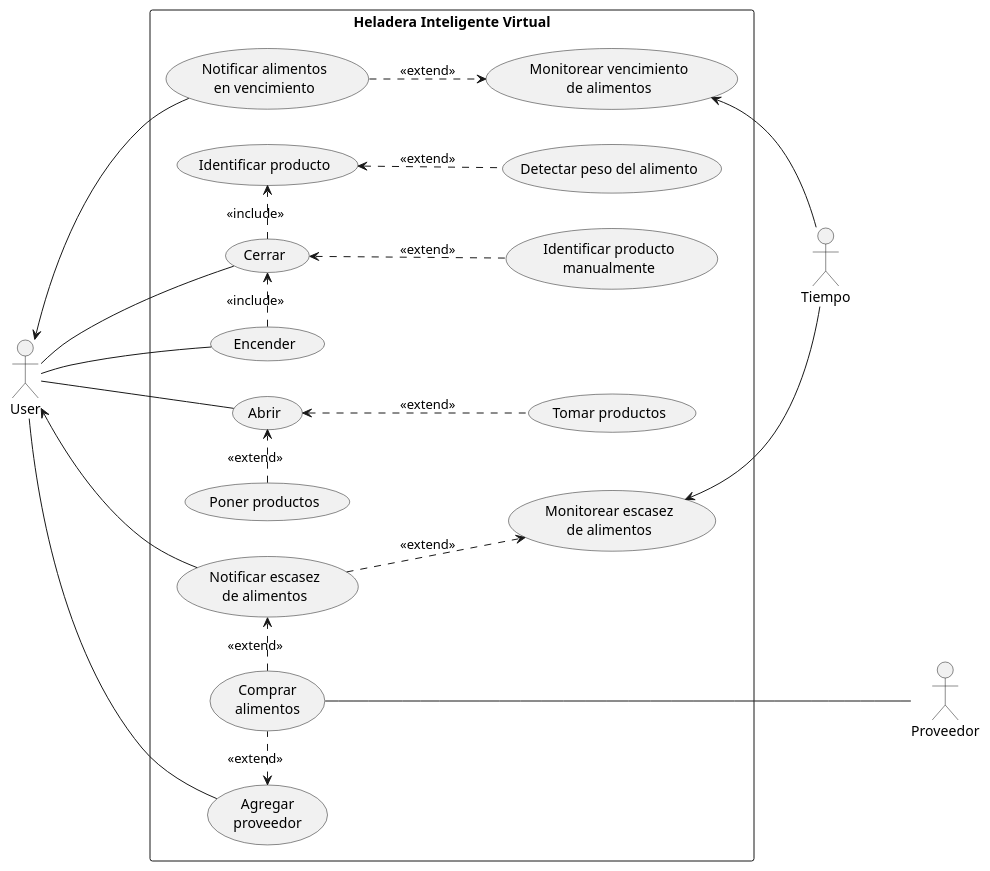
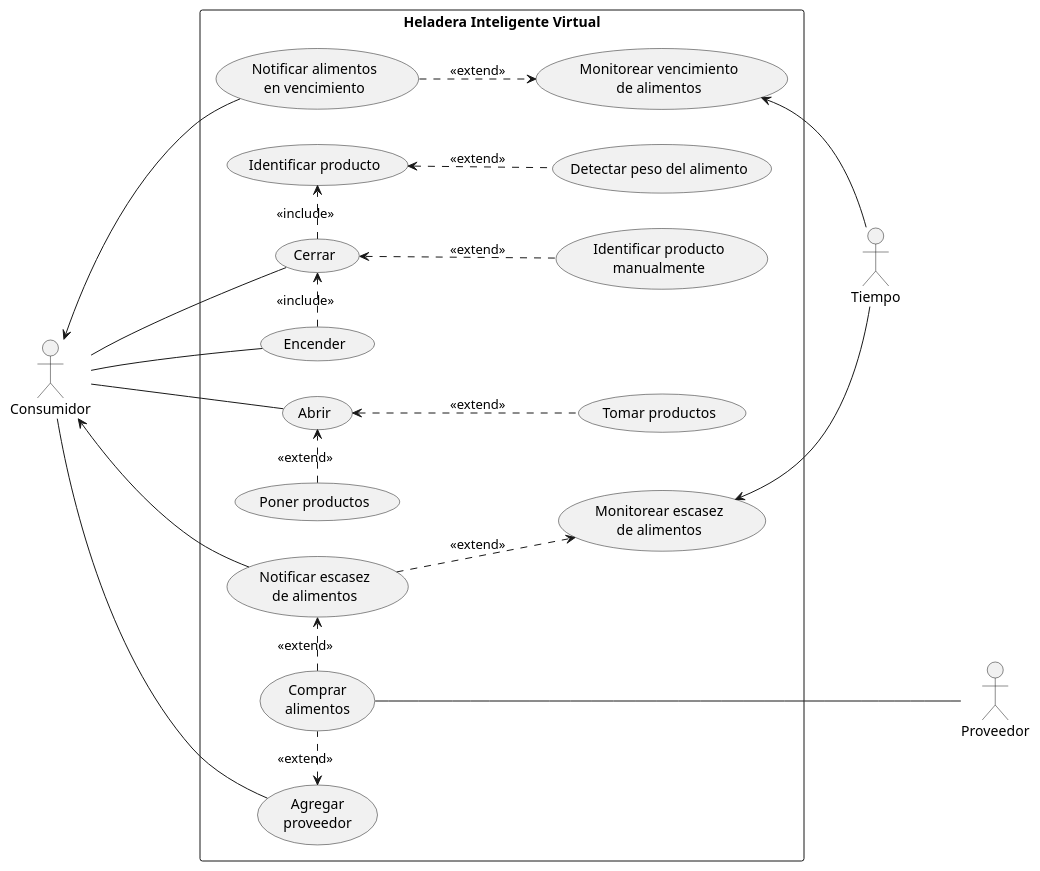
Before and after one commit to mgardos/vsfridge: the diagram in src/site/resources/usecases.puml, drawn with PlantUML. The commit also changed 3 other files, not shown here.

Commit message:
Update use case diagram and add domain model class diagram, update on some core interfaces.

```diff
--- a/src/site/resources/usecases.puml
+++ b/src/site/resources/usecases.puml
@@ -1,27 +1,27 @@
 @startuml
 left to right direction
-Actor User
+Actor Consumidor
 Actor Tiempo
 Actor Proveedor
 rectangle "Heladera Inteligente Virtual" {
-    User --- (Abrir)
-    User --- (Cerrar)
-    User -- (Encender)
-    User <- (Notificar alimentos\nen vencimiento)
+    Consumidor --- (Abrir)
+    Consumidor --- (Cerrar)
+    Consumidor -- (Encender)
+    Consumidor <- (Notificar alimentos\nen vencimiento)
     (Cerrar) <.. (Identificar producto\nmanualmente) : <<extend>>
     (Cerrar) .> (Identificar producto) : <<include>>
     (Encender) .> (Cerrar) : <<include>>
     (Identificar producto) <.. (Detectar peso del alimento) : <<extend >>
     (Poner productos) .> (Abrir) : <<extend>>
     (Abrir) <.. (Tomar productos) : <<extend>>
     (Comprar\nalimentos) ---- Proveedor
-    User <- (Notificar escasez\nde alimentos)
+    Consumidor <- (Notificar escasez\nde alimentos)
     (Notificar escasez\nde alimentos) ..> (Monitorear escasez\nde alimentos) : <<extend>>
     (Comprar\nalimentos) .> (Notificar escasez\nde alimentos) : <<extend>>
-    User --- (Agregar\nproveedor)
+    Consumidor --- (Agregar\nproveedor)
     (Agregar\nproveedor) <. (Comprar\nalimentos) : <<extend>>
     (Monitorear vencimiento\nde alimentos) <-- Tiempo
     (Notificar alimentos\nen vencimiento) ..> (Monitorear vencimiento\nde alimentos) : <<extend>>
     (Monitorear escasez\nde alimentos) <-- Tiempo
 }
 @enduml
```
